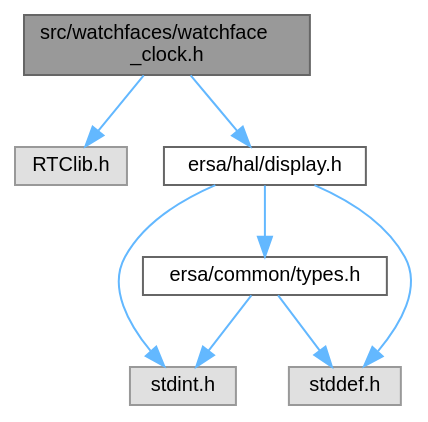
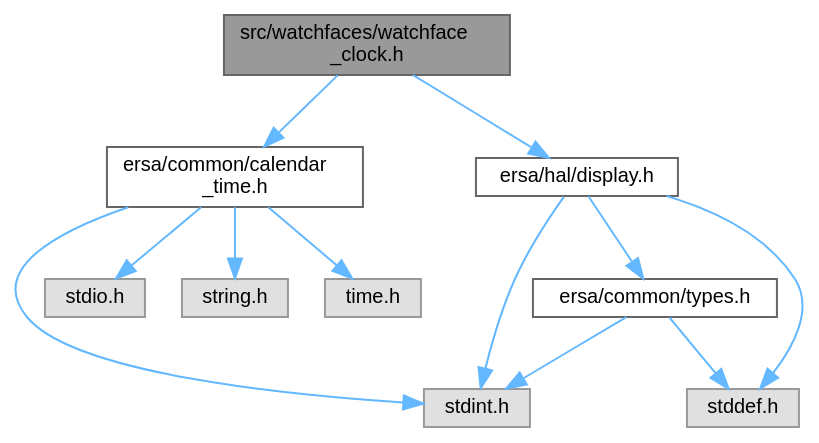
One commit to ersascape/ErsaWearableOS changed the diagram in wiki/api/d7/d98/watchface__clock_8h__incl.dot. Above: the diagram before and after it, drawn with Graphviz. The commit also changed 436 other files, not shown here.

```diff
--- a/wiki/api/d7/d98/watchface__clock_8h__incl.dot
+++ b/wiki/api/d7/d98/watchface__clock_8h__incl.dot
@@ -1,20 +1,27 @@
 digraph "src/watchfaces/watchface_clock.h"
 {
  // LATEX_PDF_SIZE
   bgcolor="transparent";
   edge [fontname=Helvetica,fontsize=10,labelfontname=Helvetica,labelfontsize=10];
   node [fontname=Helvetica,fontsize=10,shape=box,height=0.2,width=0.4];
   Node1 [id="Node000001",label="src/watchfaces/watchface\l_clock.h",height=0.2,width=0.4,color="gray40", fillcolor="grey60", style="filled", fontcolor="black",tooltip=" "];
   Node1 -> Node2 [id="edge1_Node000001_Node000002",color="steelblue1",style="solid",tooltip=" "];
-  Node2 [id="Node000002",label="RTClib.h",height=0.2,width=0.4,color="grey60", fillcolor="#E0E0E0", style="filled",tooltip=" "];
-  Node1 -> Node3 [id="edge2_Node000001_Node000003",color="steelblue1",style="solid",tooltip=" "];
-  Node3 [id="Node000003",label="ersa/hal/display.h",height=0.2,width=0.4,color="grey40", fillcolor="white", style="filled",URL="$d4/d68/display_8h.html",tooltip=" "];
-  Node3 -> Node4 [id="edge3_Node000003_Node000004",color="steelblue1",style="solid",tooltip=" "];
-  Node4 [id="Node000004",label="ersa/common/types.h",height=0.2,width=0.4,color="grey40", fillcolor="white", style="filled",URL="$d9/d49/types_8h.html",tooltip=" "];
-  Node4 -> Node5 [id="edge4_Node000004_Node000005",color="steelblue1",style="solid",tooltip=" "];
-  Node5 [id="Node000005",label="stdint.h",height=0.2,width=0.4,color="grey60", fillcolor="#E0E0E0", style="filled",tooltip=" "];
-  Node4 -> Node6 [id="edge5_Node000004_Node000006",color="steelblue1",style="solid",tooltip=" "];
-  Node6 [id="Node000006",label="stddef.h",height=0.2,width=0.4,color="grey60", fillcolor="#E0E0E0", style="filled",tooltip=" "];
-  Node3 -> Node5 [id="edge6_Node000003_Node000005",color="steelblue1",style="solid",tooltip=" "];
-  Node3 -> Node6 [id="edge7_Node000003_Node000006",color="steelblue1",style="solid",tooltip=" "];
+  Node2 [id="Node000002",label="ersa/common/calendar\l_time.h",height=0.2,width=0.4,color="grey40", fillcolor="white", style="filled",URL="$d5/d8c/calendar__time_8h.html",tooltip=" "];
+  Node2 -> Node3 [id="edge2_Node000002_Node000003",color="steelblue1",style="solid",tooltip=" "];
+  Node3 [id="Node000003",label="stdint.h",height=0.2,width=0.4,color="grey60", fillcolor="#E0E0E0", style="filled",tooltip=" "];
+  Node2 -> Node4 [id="edge3_Node000002_Node000004",color="steelblue1",style="solid",tooltip=" "];
+  Node4 [id="Node000004",label="stdio.h",height=0.2,width=0.4,color="grey60", fillcolor="#E0E0E0", style="filled",tooltip=" "];
+  Node2 -> Node5 [id="edge4_Node000002_Node000005",color="steelblue1",style="solid",tooltip=" "];
+  Node5 [id="Node000005",label="string.h",height=0.2,width=0.4,color="grey60", fillcolor="#E0E0E0", style="filled",tooltip=" "];
+  Node2 -> Node6 [id="edge5_Node000002_Node000006",color="steelblue1",style="solid",tooltip=" "];
+  Node6 [id="Node000006",label="time.h",height=0.2,width=0.4,color="grey60", fillcolor="#E0E0E0", style="filled",tooltip=" "];
+  Node1 -> Node7 [id="edge6_Node000001_Node000007",color="steelblue1",style="solid",tooltip=" "];
+  Node7 [id="Node000007",label="ersa/hal/display.h",height=0.2,width=0.4,color="grey40", fillcolor="white", style="filled",URL="$d4/d68/display_8h.html",tooltip=" "];
+  Node7 -> Node8 [id="edge7_Node000007_Node000008",color="steelblue1",style="solid",tooltip=" "];
+  Node8 [id="Node000008",label="ersa/common/types.h",height=0.2,width=0.4,color="grey40", fillcolor="white", style="filled",URL="$d9/d49/types_8h.html",tooltip=" "];
+  Node8 -> Node3 [id="edge8_Node000008_Node000003",color="steelblue1",style="solid",tooltip=" "];
+  Node8 -> Node9 [id="edge9_Node000008_Node000009",color="steelblue1",style="solid",tooltip=" "];
+  Node9 [id="Node000009",label="stddef.h",height=0.2,width=0.4,color="grey60", fillcolor="#E0E0E0", style="filled",tooltip=" "];
+  Node7 -> Node3 [id="edge10_Node000007_Node000003",color="steelblue1",style="solid",tooltip=" "];
+  Node7 -> Node9 [id="edge11_Node000007_Node000009",color="steelblue1",style="solid",tooltip=" "];
 }
```
